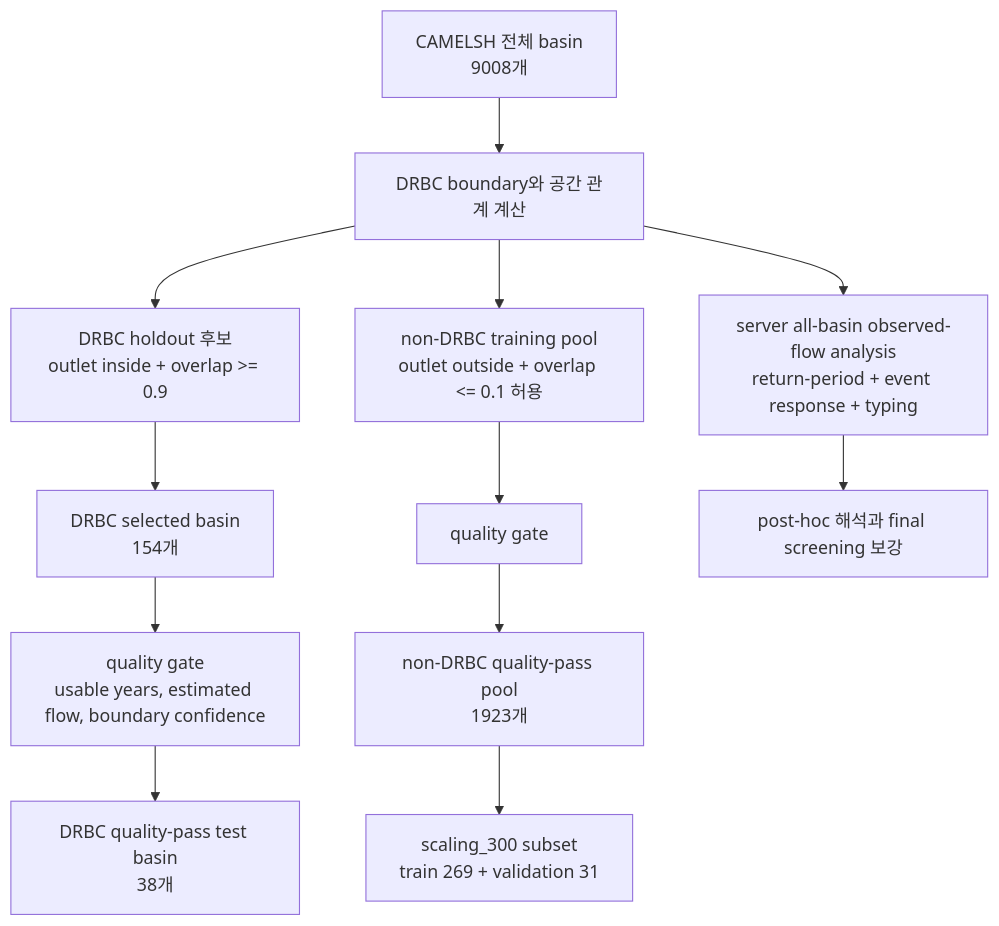
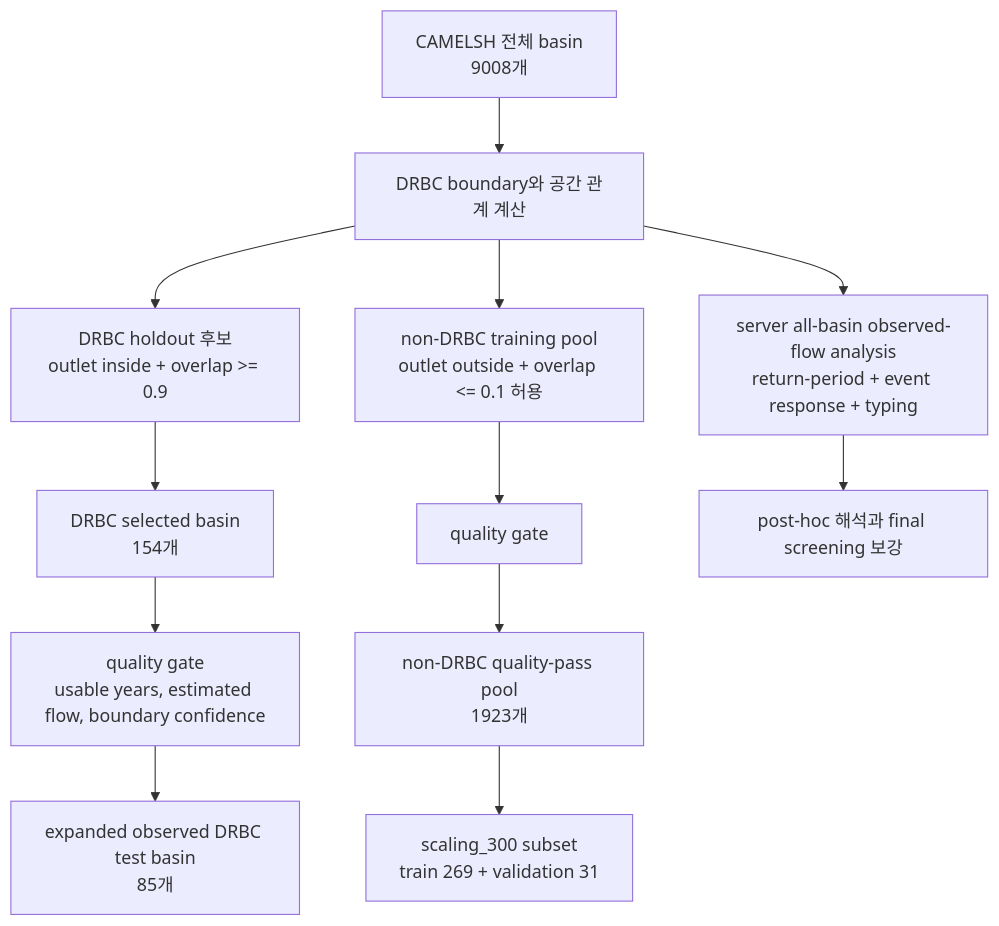
Before and after one commit to mossyantler/flood-underestimation-lstm: the first of 2 diagrams in docs/explain/05_basin_analysis_method.md, drawn with Mermaid. The commit also changed other lines of this file and 22 other files, not shown here.

````diff
--- a/docs/explain/05_basin_analysis_method.md
+++ b/docs/explain/05_basin_analysis_method.md
@@ -5,14 +5,14 @@
 ```mermaid
 flowchart TD
     A["CAMELSH 전체 basin<br/>9008개"] --> B["DRBC boundary와 공간 관계 계산"]
     B --> C["DRBC holdout 후보<br/>outlet inside + overlap >= 0.9"]
     B --> D["non-DRBC training pool<br/>outlet outside + overlap <= 0.1 허용"]
     C --> E["DRBC selected basin<br/>154개"]
     E --> F["quality gate<br/>usable years, estimated flow, boundary confidence"]
-    F --> G["DRBC quality-pass test basin<br/>38개"]
+    F --> G["expanded observed DRBC test basin<br/>85개"]
     D --> H["quality gate"]
     H --> I["non-DRBC quality-pass pool<br/>1923개"]
     I --> J["scaling_300 subset<br/>train 269 + validation 31"]
     B --> K["server all-basin observed-flow analysis<br/>return-period + event response + typing"]
     K --> L["post-hoc 해석과 final screening 보강"]
 ```
````
